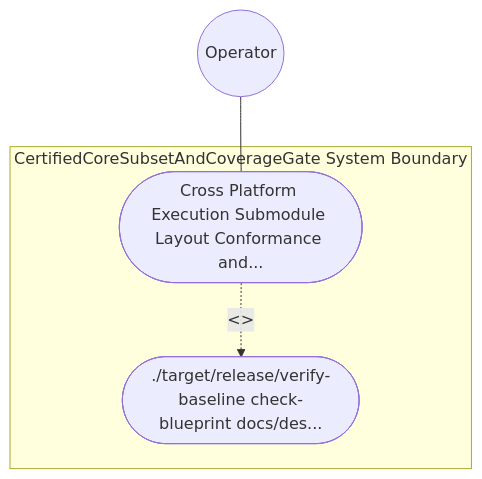
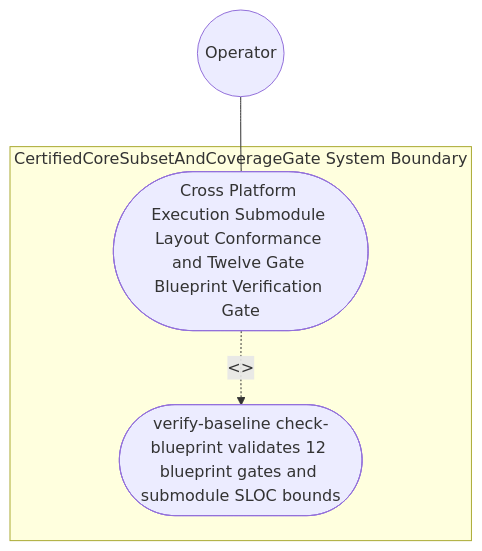
One commit to gintatkinson/DEAP01-spec-core changed the diagram in .pipeline/upstream/docs/use-cases/UC-65-Cross_Platform_Execution_Submodule_Layout_Conformance_and_Twelve_Gate_Blueprint_Verification_Gate.md. Above: the diagram before and after it, drawn with Mermaid. The commit also changed other lines of this file and 225 other files, not shown here.

````diff
--- a/.pipeline/upstream/docs/use-cases/UC-65-Cross_Platform_Execution_Submodule_Layout_Conformance_and_Twelve_Gate_Blueprint_Verification_Gate.md
+++ b/.pipeline/upstream/docs/use-cases/UC-65-Cross_Platform_Execution_Submodule_Layout_Conformance_and_Twelve_Gate_Blueprint_Verification_Gate.md
@@ -16,9 +16,9 @@
 ```mermaid
 graph TD
     subgraph "CertifiedCoreSubsetAndCoverageGate System Boundary"
-        UC_Main(["Cross Platform Execution Submodule Layout Conformance and..."])
-        UC_Step01(["./target/release/verify-baseline check-blueprint docs/des..."])
+        UC_Main(["Cross Platform Execution Submodule Layout Conformance and Twelve Gate Blueprint Verification Gate"])
+        UC_Step01(["verify-baseline check-blueprint validates 12 blueprint gates and submodule SLOC bounds"])
     end
     Operator(("Operator")) --- UC_Main
     UC_Main -. "<<include>>" .-> UC_Step01
 ```
````
